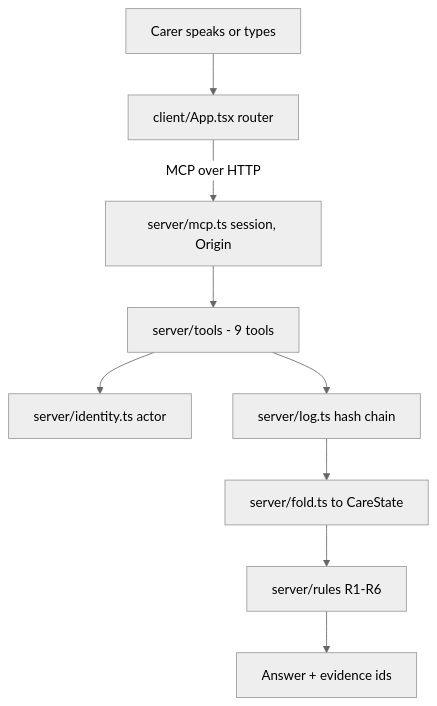
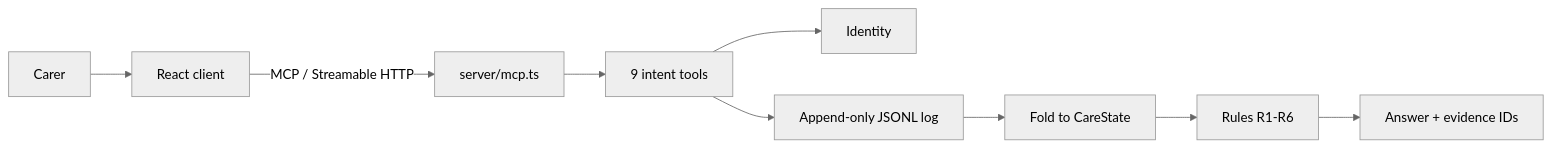
One commit to Divyanshu-kumar14/SecondLook changed the diagram in README.md. Above: the diagram before and after it, drawn with Mermaid (neutral theme). The commit also changed other lines of this file, not shown here.

````diff
--- a/README.md
+++ b/README.md
@@ -110,11 +96,11 @@
 ```mermaid
-flowchart TD
-  U["Carer speaks or types"] --> C["client/App.tsx router"]
-  C -->|"MCP over HTTP"| M["server/mcp.ts session, Origin"]
-  M --> T["server/tools - 9 tools"]
-  T --> A["server/identity.ts actor"]
-  T --> L["server/log.ts hash chain"]
-  L --> F["server/fold.ts to CareState"]
-  F --> R["server/rules R1-R6"]
-  R --> S["Answer + evidence ids"]
+flowchart LR
+  U["Carer"] --> C["React client"]
+  C -->|"MCP / Streamable HTTP"| M["server/mcp.ts"]
+  M --> T["9 intent tools"]
+  T --> I["Identity"]
+  T --> L["Append-only JSONL log"]
+  L --> F["Fold to CareState"]
+  F --> R["Rules R1-R6"]
+  R --> A["Answer + evidence IDs"]
 ```
````
